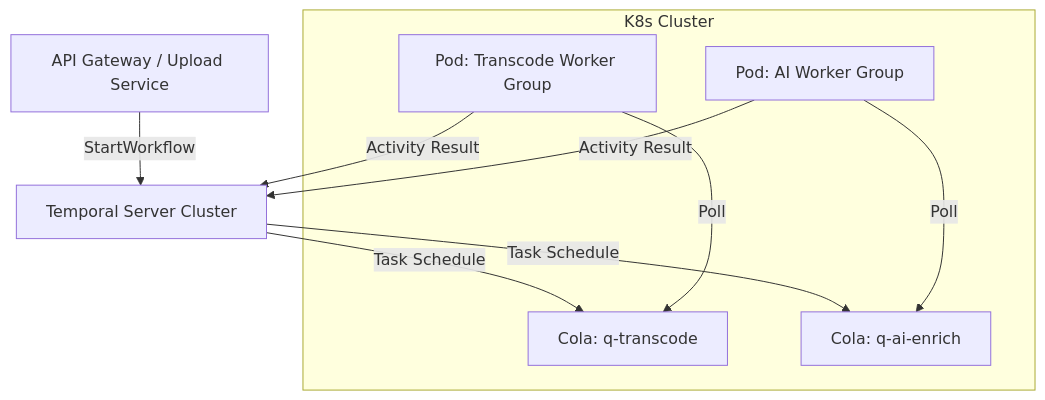
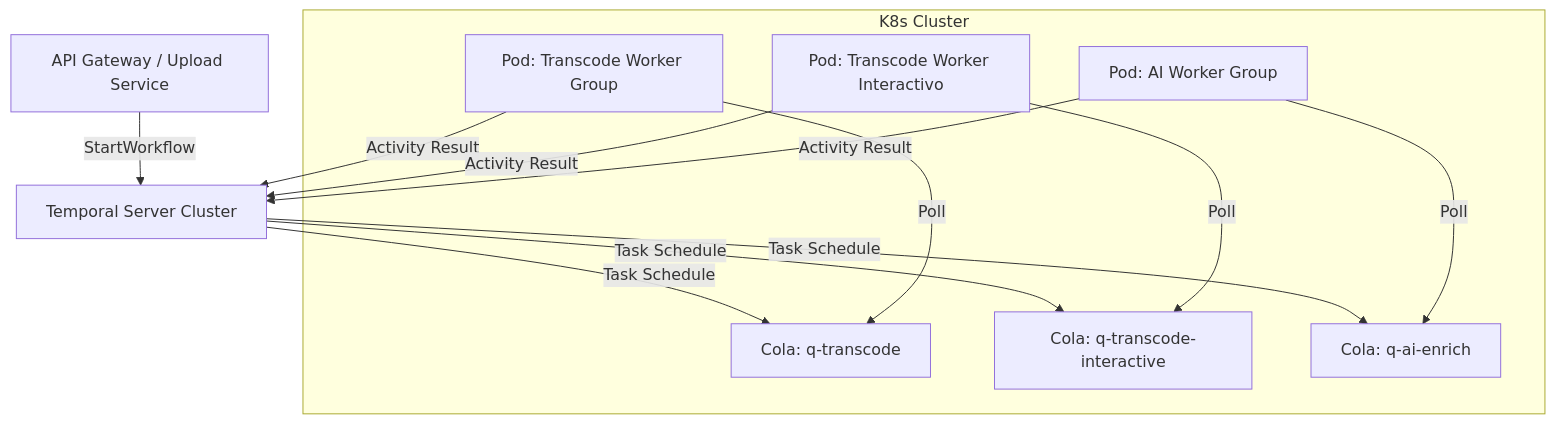
The diagram in Temporal.md (pi-na/tpe-inge2), drawn with Mermaid before and after one commit. The commit also changed other lines of this file and 2 other files, not shown here.

````diff
--- a/Temporal.md
+++ b/Temporal.md
@@ -40,14 +64,17 @@
 ```mermaid
 graph TD
     Client[API Gateway / Upload Service] -->|StartWorkflow| T_Server[Temporal Server Cluster]
     T_Server -->|Task Schedule| Q_Trans[Cola: q-transcode]
+    T_Server -->|Task Schedule| Q_TransI[Cola: q-transcode-interactive]
     T_Server -->|Task Schedule| Q_AI[Cola: q-ai-enrich]
-    
+  
     subgraph K8s Cluster
         W_Trans[Pod: Transcode Worker Group] -- Poll --> Q_Trans
+        W_TransI[Pod: Transcode Worker Interactivo] -- Poll --> Q_TransI
         W_AI[Pod: AI Worker Group] -- Poll --> Q_AI
     end
-    
+  
     W_Trans -->|Activity Result| T_Server
+    W_TransI -->|Activity Result| T_Server
     W_AI -->|Activity Result| T_Server
 ```
````
